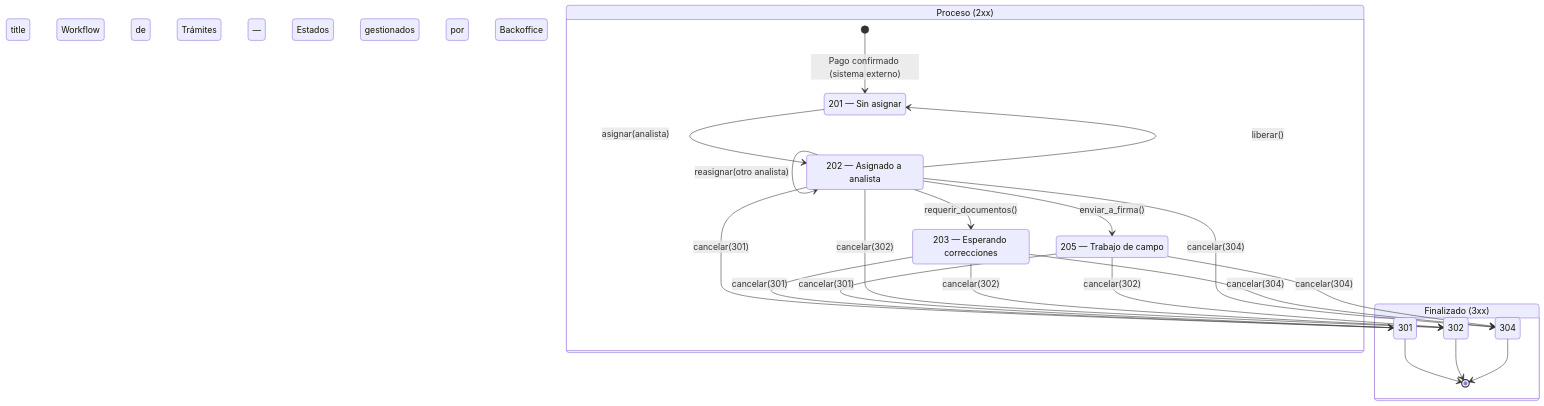
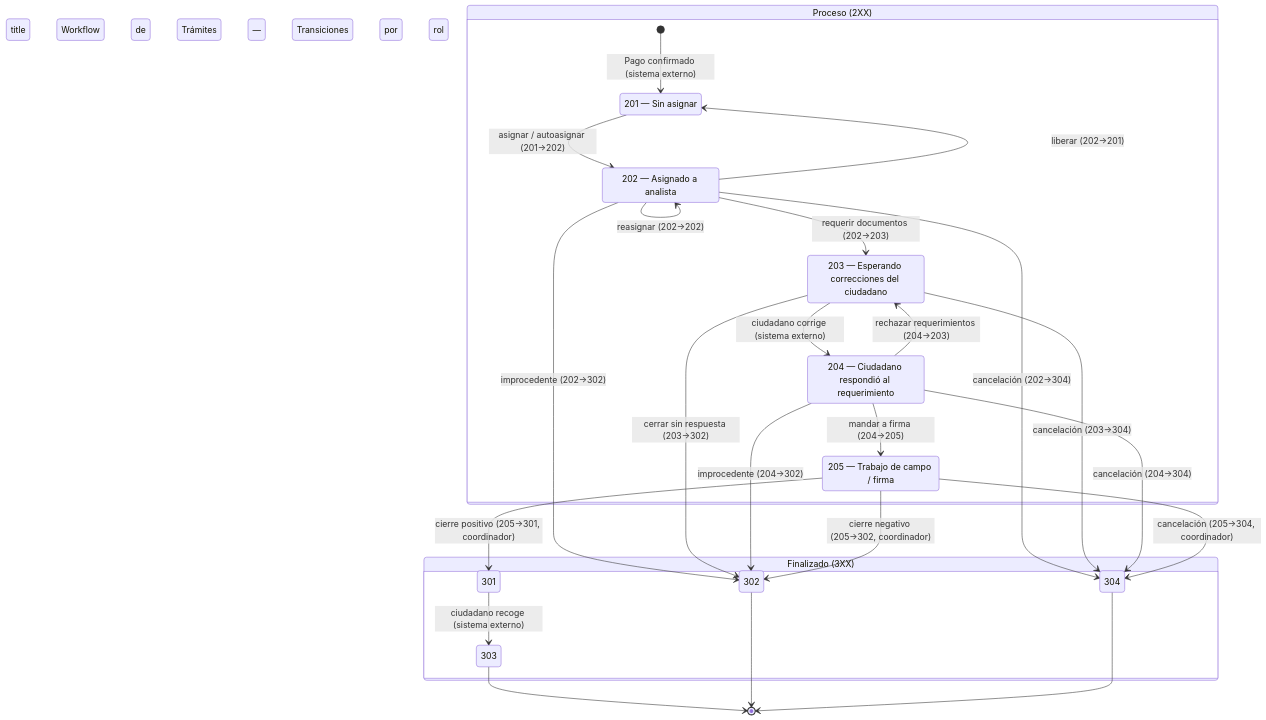
One commit to bogarin/back_office_sanfelo changed the first of 2 diagrams in docs/05-DEVELOPERS/workflow.md. Above: the diagram before and after it, drawn with Mermaid. The commit also changed other lines of this file and 15 other files, not shown here.

First line of the commit message:
feat: flujo refinado del analista segun revision con cliente (ADR-021)

````diff
--- a/docs/05-DEVELOPERS/workflow.md
+++ b/docs/05-DEVELOPERS/workflow.md
@@ -89,38 +213,44 @@
 ```mermaid
 stateDiagram-v2
-    title Workflow de Trámites — Estados gestionados por Backoffice
+    title Workflow de Trámites — Transiciones por rol
 
-    state "Proceso (2xx)" as proceso {
+    state "Proceso (2XX)" as proceso {
         [*] --> PRESENTADO : Pago confirmado (sistema externo)
         PRESENTADO : 201 — Sin asignar
         EN_REVISION : 202 — Asignado a analista
-        REQUERIMIENTO : 203 — Esperando correcciones
-        EN_DILIGENCIA : 205 — Trabajo de campo
+        REQUERIMIENTO : 203 — Esperando correcciones del ciudadano
+        SUBSANADO : 204 — Ciudadano respondió al requerimiento
+        EN_DILIGENCIA : 205 — Trabajo de campo / firma
 
-        PRESENTADO --> EN_REVISION : asignar(analista)
-        EN_REVISION --> EN_REVISION : reasignar(otro analista)
-        EN_REVISION --> PRESENTADO : liberar()
-        EN_REVISION --> REQUERIMIENTO : requerir_documentos()
-        EN_REVISION --> EN_DILIGENCIA : enviar_a_firma()
+        PRESENTADO --> EN_REVISION : asignar / autoasignar (201→202)
+        EN_REVISION --> EN_REVISION : reasignar (202→202)
+        EN_REVISION --> PRESENTADO : liberar (202→201)
+        EN_REVISION --> REQUERIMIENTO : requerir documentos (202→203)
+        REQUERIMIENTO --> SUBSANADO : ciudadano corrige (sistema externo)
+        SUBSANADO --> REQUERIMIENTO : rechazar requerimientos (204→203)
+        SUBSANADO --> EN_DILIGENCIA : mandar a firma (204→205)
     }
 
-    state "Finalizado (3xx)" as finalizado {
+    state "Finalizado (3XX)" as finalizado {
         POR_RECOGER : 301
         RECHAZADO : 302
+        FINALIZADO : 303
         CANCELADO : 304
 
-        POR_RECOGER --> [*]
-        RECHAZADO --> [*]
-        CANCELADO --> [*]
+        POR_RECOGER --> FINALIZADO : ciudadano recoge (sistema externo)
     }
 
-    EN_REVISION --> POR_RECOGER : cancelar(301)
-    EN_REVISION --> RECHAZADO : cancelar(302)
-    EN_REVISION --> CANCELADO : cancelar(304)
-    REQUERIMIENTO --> POR_RECOGER : cancelar(301)
-    REQUERIMIENTO --> RECHAZADO : cancelar(302)
-    REQUERIMIENTO --> CANCELADO : cancelar(304)
-    EN_DILIGENCIA --> POR_RECOGER : cancelar(301)
-    EN_DILIGENCIA --> RECHAZADO : cancelar(302)
-    EN_DILIGENCIA --> CANCELADO : cancelar(304)
+    EN_REVISION --> RECHAZADO : improcedente (202→302)
+    REQUERIMIENTO --> RECHAZADO : cerrar sin respuesta (203→302)
+    SUBSANADO --> RECHAZADO : improcedente (204→302)
+    EN_REVISION --> CANCELADO : cancelación (202→304)
+    REQUERIMIENTO --> CANCELADO : cancelación (203→304)
+    SUBSANADO --> CANCELADO : cancelación (204→304)
+    EN_DILIGENCIA --> POR_RECOGER : cierre positivo (205→301, coordinador)
+    EN_DILIGENCIA --> RECHAZADO : cierre negativo (205→302, coordinador)
+    EN_DILIGENCIA --> CANCELADO : cancelación (205→304, coordinador)
+
+    FINALIZADO --> [*]
+    RECHAZADO --> [*]
+    CANCELADO --> [*]
 ```
````
